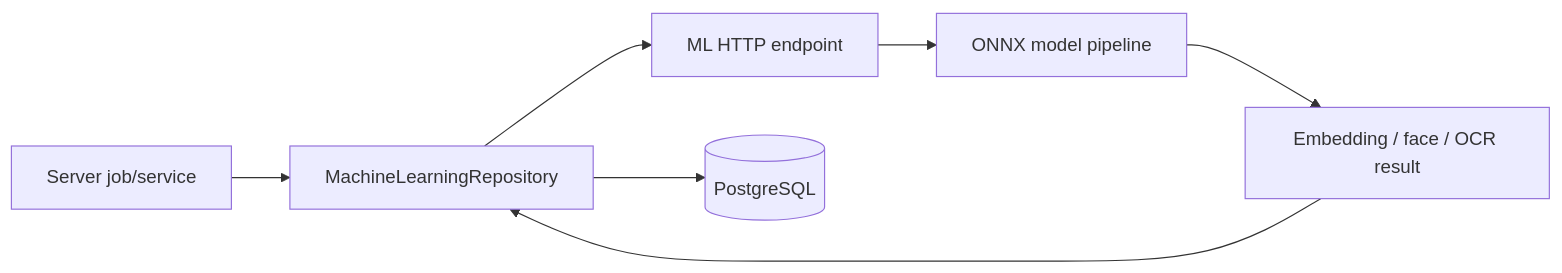
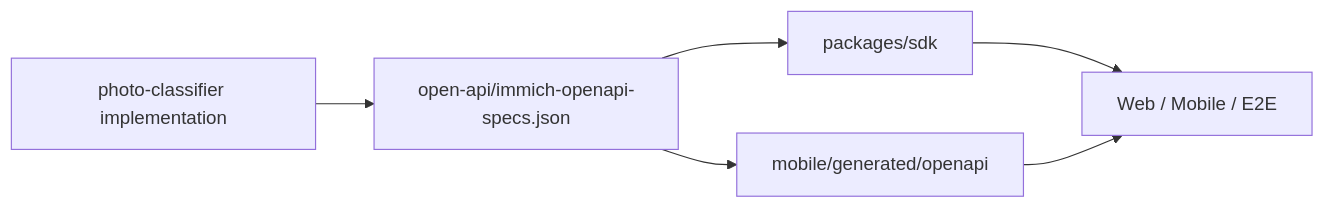
One commit to ruoyiran/immich changed the second of 2 diagrams in engineering/architecture.md. Above: the diagram before and after it, drawn with Mermaid. The commit also changed other lines of this file and 816 other files, not shown here.

Commit message:
refactor: remove in-repo server implementation

````diff
--- a/engineering/architecture.md
+++ b/engineering/architecture.md
@@ -192,12 +52,11 @@
 ```mermaid
 flowchart LR
-  Job[Server job/service]
-  Repo[MachineLearningRepository]
-  Endpoint[ML HTTP endpoint]
-  Model[ONNX model pipeline]
-  Result[Embedding / face / OCR result]
-  DB[(PostgreSQL)]
+  External[photo-classifier implementation]
+  Snapshot[open-api/immich-openapi-specs.json]
+  TS[packages/sdk]
+  Dart[mobile/generated/openapi]
+  Consumers[Web / Mobile / E2E]
 
-  Job --> Repo --> Endpoint --> Model --> Result
-  Result --> Repo --> DB
+  External --> Snapshot --> TS --> Consumers
+  Snapshot --> Dart --> Consumers
 ```
````
